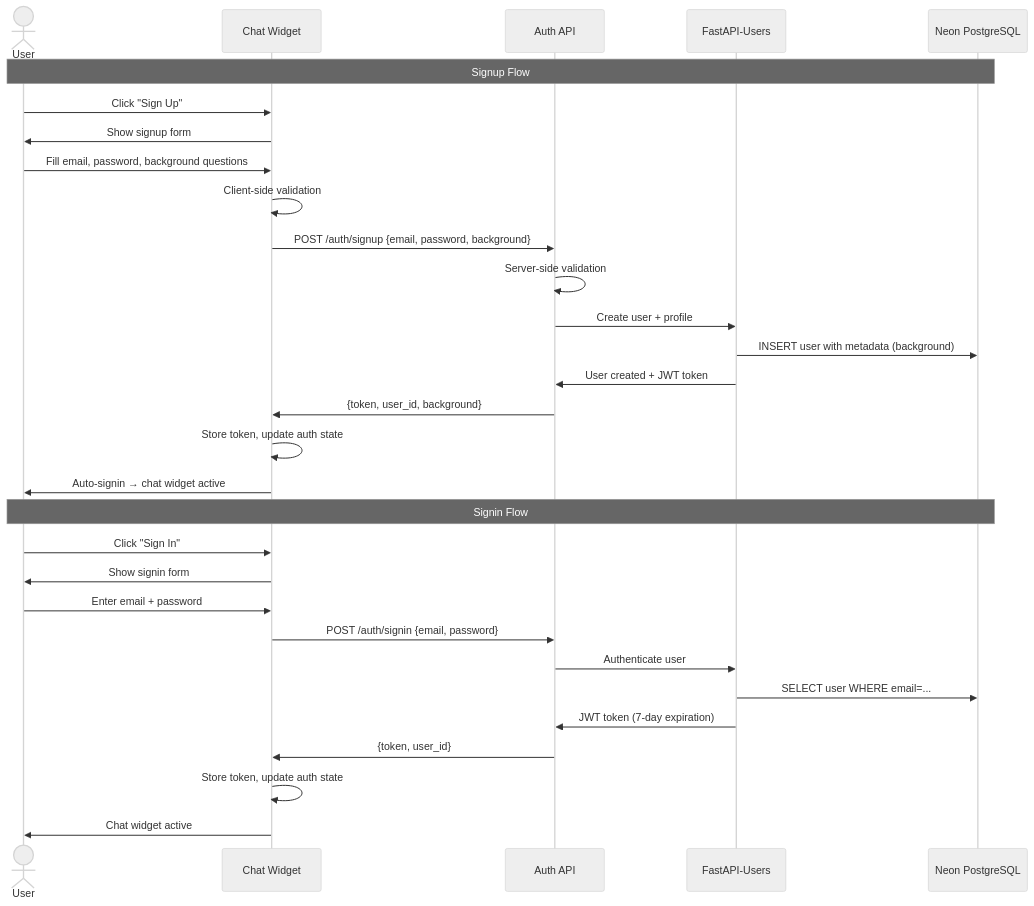
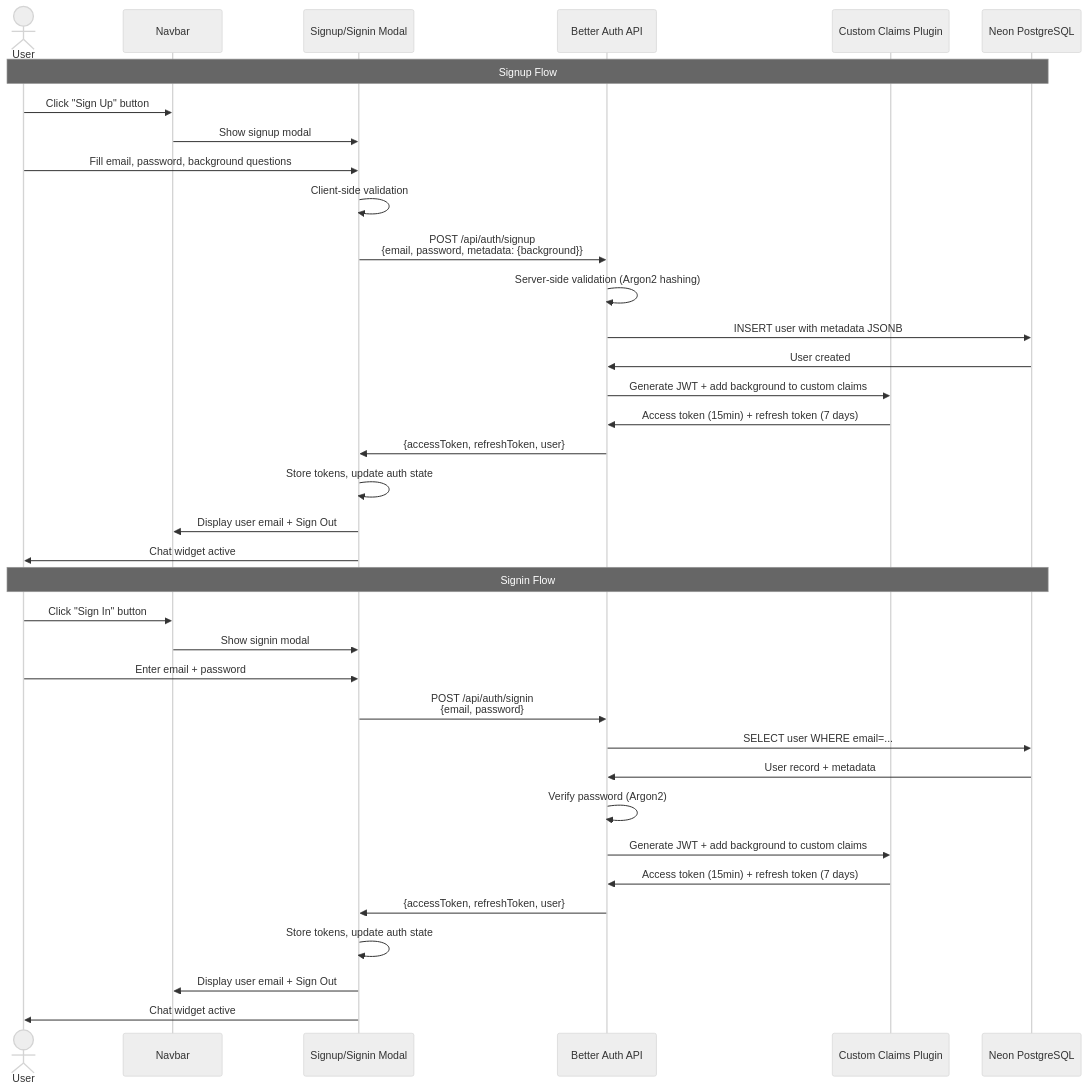
One commit to BaselHussain/physical-ai-and-humanoid-robotics changed the second of 4 diagrams in specs/authentication/plan.md. Above: the diagram before and after it, drawn with Mermaid (neutral theme). The commit also changed other lines of this file, not shown here.

First line of the commit message:
docs: update plan.md to Better Auth microservice architecture

````diff
--- a/specs/authentication/plan.md
+++ b/specs/authentication/plan.md
@@ -224,34 +260,40 @@
 ```mermaid
 sequenceDiagram
     actor User
-    participant Frontend as Chat Widget
-    participant AuthAPI as Auth API
-    participant FastAPIUsers as FastAPI-Users
+    participant Navbar as Navbar
+    participant Frontend as Signup/Signin Modal
+    participant BetterAuth as Better Auth API
+    participant CustomClaims as Custom Claims Plugin
     participant NeonDB as Neon PostgreSQL
 
     Note over User,NeonDB: Signup Flow
-    User->>Frontend: Click "Sign Up"
-    Frontend->>User: Show signup form
+    User->>Navbar: Click "Sign Up" button
+    Navbar->>Frontend: Show signup modal
     User->>Frontend: Fill email, password, background questions
     Frontend->>Frontend: Client-side validation
-    Frontend->>AuthAPI: POST /auth/signup {email, password, background}
-    AuthAPI->>AuthAPI: Server-side validation
-    AuthAPI->>FastAPIUsers: Create user + profile
-    FastAPIUsers->>NeonDB: INSERT user with metadata (background)
-    FastAPIUsers->>AuthAPI: User created + JWT token
-    AuthAPI->>Frontend: {token, user_id, background}
-    Frontend->>Frontend: Store token, update auth state
-    Frontend->>User: Auto-signin → chat widget active
+    Frontend->>BetterAuth: POST /api/auth/signup<br/>{email, password, metadata: {background}}
+    BetterAuth->>BetterAuth: Server-side validation (Argon2 hashing)
+    BetterAuth->>NeonDB: INSERT user with metadata JSONB
+    NeonDB->>BetterAuth: User created
+    BetterAuth->>CustomClaims: Generate JWT + add background to custom claims
+    CustomClaims->>BetterAuth: Access token (15min) + refresh token (7 days)
+    BetterAuth->>Frontend: {accessToken, refreshToken, user}
+    Frontend->>Frontend: Store tokens, update auth state
+    Frontend->>Navbar: Display user email + Sign Out
+    Frontend->>User: Chat widget active
 
     Note over User,NeonDB: Signin Flow
-    User->>Frontend: Click "Sign In"
-    Frontend->>User: Show signin form
+    User->>Navbar: Click "Sign In" button
+    Navbar->>Frontend: Show signin modal
     User->>Frontend: Enter email + password
-    Frontend->>AuthAPI: POST /auth/signin {email, password}
-    AuthAPI->>FastAPIUsers: Authenticate user
-    FastAPIUsers->>NeonDB: SELECT user WHERE email=...
-    FastAPIUsers->>AuthAPI: JWT token (7-day expiration)
-    AuthAPI->>Frontend: {token, user_id}
-    Frontend->>Frontend: Store token, update auth state
+    Frontend->>BetterAuth: POST /api/auth/signin<br/>{email, password}
+    BetterAuth->>NeonDB: SELECT user WHERE email=...
+    NeonDB->>BetterAuth: User record + metadata
+    BetterAuth->>BetterAuth: Verify password (Argon2)
+    BetterAuth->>CustomClaims: Generate JWT + add background to custom claims
+    CustomClaims->>BetterAuth: Access token (15min) + refresh token (7 days)
+    BetterAuth->>Frontend: {accessToken, refreshToken, user}
+    Frontend->>Frontend: Store tokens, update auth state
+    Frontend->>Navbar: Display user email + Sign Out
     Frontend->>User: Chat widget active
 ```
````
